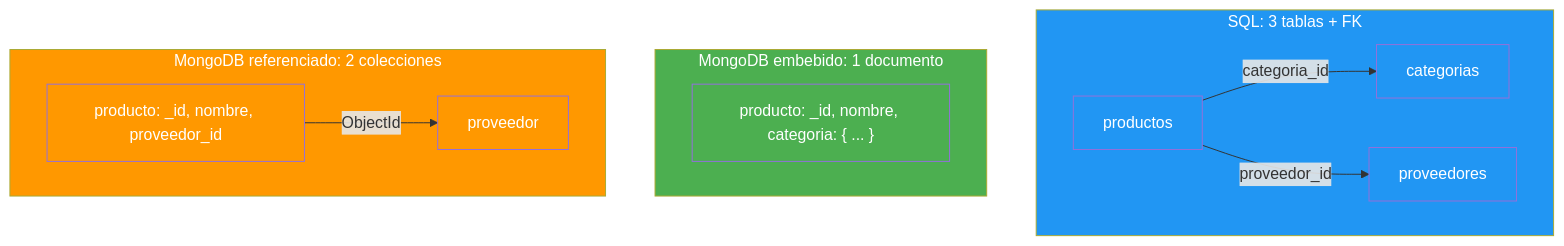
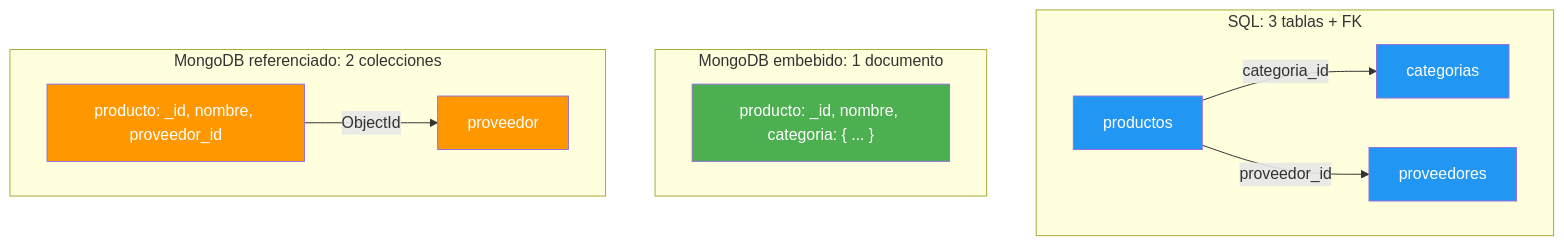
The second of 9 diagrams in 13-mongodb.md (joseluisgs/DesarrolloWebEntornosServidor-02-2026-2027), drawn with Mermaid before and after one commit. The commit also changed other lines of this file, not shown here.

````diff
--- a/13-mongodb.md
+++ b/13-mongodb.md
@@ -179,25 +177,22 @@
 ```mermaid
 graph TD
     subgraph REL["SQL: 3 tablas + FK"]
         T1[productos] -->|categoria_id| T2[categorias]
         T1 -->|proveedor_id| T3[proveedores]
     end
 
     subgraph EMB["MongoDB embebido: 1 documento"]
         D1["producto: _id, nombre, categoria: { ... }"]
     end
 
     subgraph REF["MongoDB referenciado: 2 colecciones"]
         D2["producto: _id, nombre, proveedor_id"] -->|ObjectId| P1[proveedor]
     end
 
-    style REL fill:#2196F3,color:#fff
-    style EMB fill:#4CAF50,color:#fff
-    style REF fill:#FF9800,color:#fff
     style T1 fill:#2196F3,color:#fff
     style T2 fill:#2196F3,color:#fff
     style T3 fill:#2196F3,color:#fff
     style D1 fill:#4CAF50,color:#fff
     style D2 fill:#FF9800,color:#fff
     style P1 fill:#FF9800,color:#fff
 ```
````
